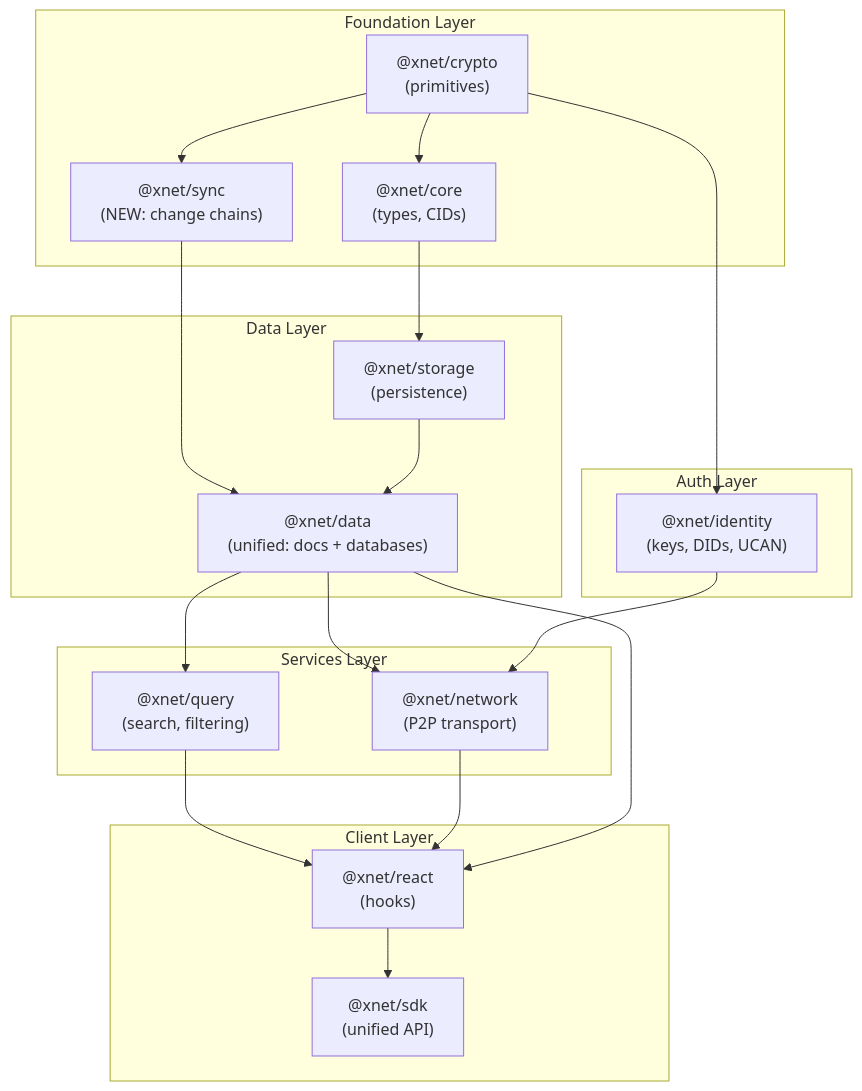
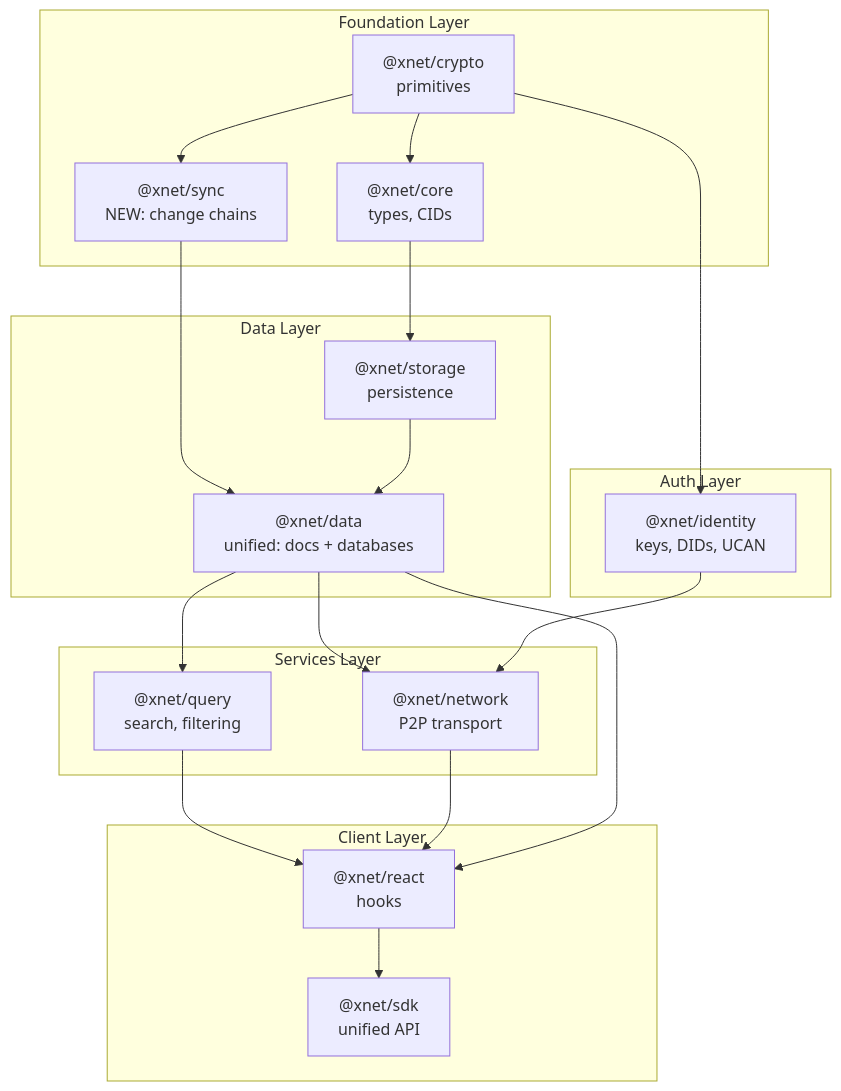
The seventh of 8 diagrams in docs/explorations/CODEBASE_REVIEW.md (crs48/xNet), drawn with Mermaid before and after one commit. The commit also changed other lines of this file and 21 other files, not shown here.

First line of the commit message:
Fix Mermaid parse errors: remove parentheses in flowchart node labels after <br/> tags

````diff
--- a/docs/explorations/CODEBASE_REVIEW.md
+++ b/docs/explorations/CODEBASE_REVIEW.md
@@ -483,41 +483,41 @@
 ```mermaid
 flowchart TD
     subgraph Foundation["Foundation Layer"]
-        CRYPTO["@xnet/crypto<br/>(primitives)"]
-        CORE["@xnet/core<br/>(types, CIDs)"]
-        SYNC["@xnet/sync<br/>(NEW: change chains)"]
+        CRYPTO["@xnet/crypto<br/>primitives"]
+        CORE["@xnet/core<br/>types, CIDs"]
+        SYNC["@xnet/sync<br/>NEW: change chains"]
     end
 
     subgraph Auth["Auth Layer"]
-        IDENTITY["@xnet/identity<br/>(keys, DIDs, UCAN)"]
+        IDENTITY["@xnet/identity<br/>keys, DIDs, UCAN"]
     end
 
     subgraph DataLayer["Data Layer"]
-        STORAGE["@xnet/storage<br/>(persistence)"]
-        DATA["@xnet/data<br/>(unified: docs + databases)"]
+        STORAGE["@xnet/storage<br/>persistence"]
+        DATA["@xnet/data<br/>unified: docs + databases"]
     end
 
     subgraph Services["Services Layer"]
-        QUERY["@xnet/query<br/>(search, filtering)"]
-        NETWORK["@xnet/network<br/>(P2P transport)"]
+        QUERY["@xnet/query<br/>search, filtering"]
+        NETWORK["@xnet/network<br/>P2P transport"]
     end
 
     subgraph Client["Client Layer"]
-        REACT["@xnet/react<br/>(hooks)"]
-        SDK["@xnet/sdk<br/>(unified API)"]
+        REACT["@xnet/react<br/>hooks"]
+        SDK["@xnet/sdk<br/>unified API"]
     end
 
     CRYPTO --> CORE
     CRYPTO --> SYNC
     CRYPTO --> IDENTITY
     CORE --> STORAGE
     SYNC --> DATA
     STORAGE --> DATA
     DATA --> QUERY
     DATA --> NETWORK
     IDENTITY --> NETWORK
     QUERY --> REACT
     NETWORK --> REACT
     DATA --> REACT
     REACT --> SDK
 ```
````
